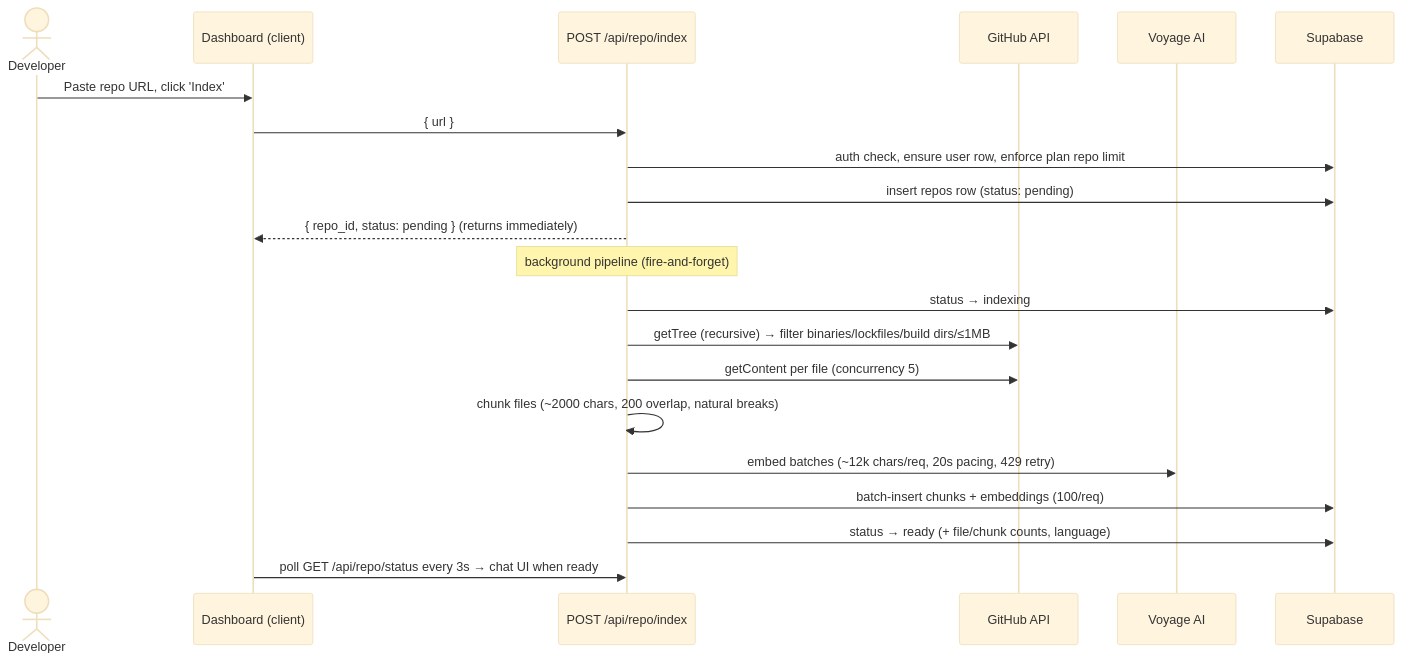
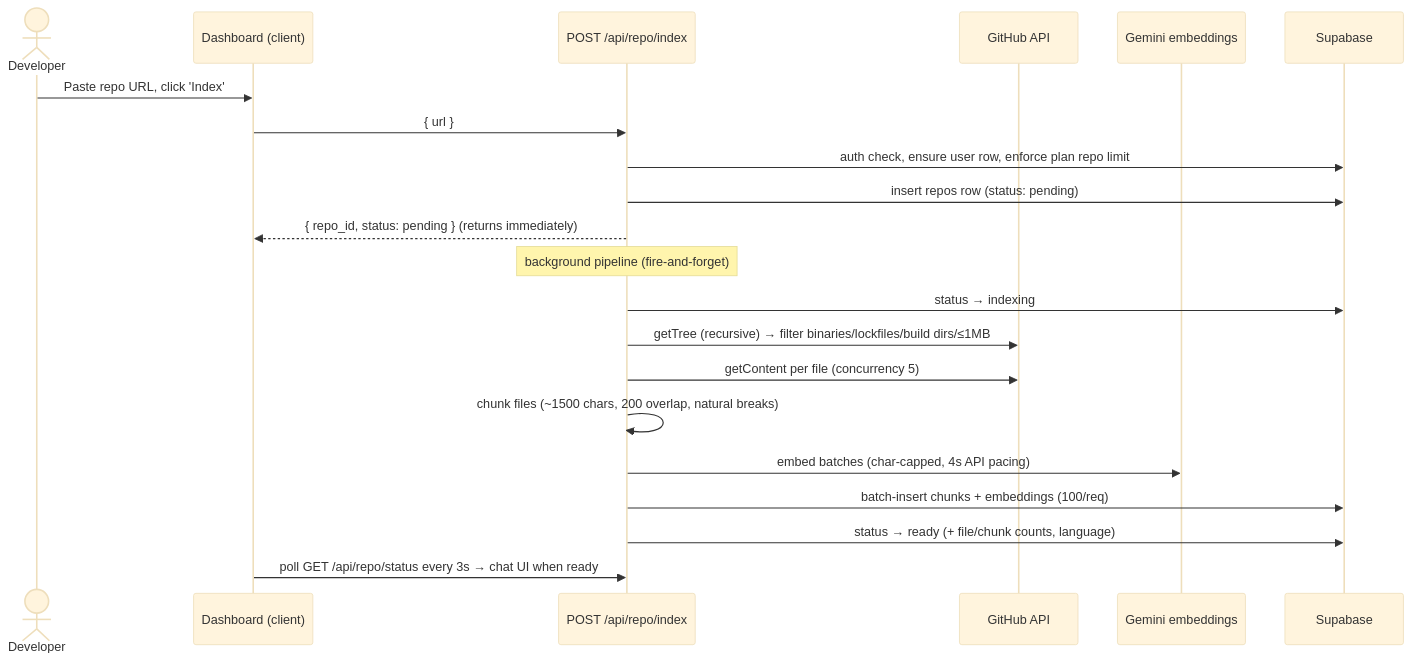
The second of 5 diagrams in README.md (rishabhsharmaa/DevAsk), drawn with Mermaid (base theme) before and after one commit. The commit also changed other lines of this file and 42 other files, not shown here.

Commit message:
MAJOR CHANGES : changed embedding model from voyage to gemini ,fixed some bugs

````diff
--- a/README.md
+++ b/README.md
@@ -105,24 +105,24 @@
 ```mermaid
 sequenceDiagram
     actor D as Developer
     participant UI as Dashboard (client)
     participant API as POST /api/repo/index
     participant GH as GitHub API
-    participant VY as Voyage AI
+    participant GE as Gemini embeddings
     participant DB as Supabase
 
     D->>UI: Paste repo URL, click 'Index'
     UI->>API: { url }
     API->>DB: auth check, ensure user row, enforce plan repo limit
     API->>DB: insert repos row (status: pending)
     API-->>UI: { repo_id, status: pending } (returns immediately)
     Note over API: background pipeline (fire-and-forget)
     API->>DB: status → indexing
     API->>GH: getTree (recursive) → filter binaries/lockfiles/build dirs/≤1MB
     API->>GH: getContent per file (concurrency 5)
-    API->>API: chunk files (~2000 chars, 200 overlap, natural breaks)
-    API->>VY: embed batches (~12k chars/req, 20s pacing, 429 retry)
+    API->>API: chunk files (~1500 chars, 200 overlap, natural breaks)
+    API->>GE: embed batches (char-capped, 4s API pacing)
     API->>DB: batch-insert chunks + embeddings (100/req)
     API->>DB: status → ready (+ file/chunk counts, language)
     UI->>API: poll GET /api/repo/status every 3s → chat UI when ready
 ```
````
